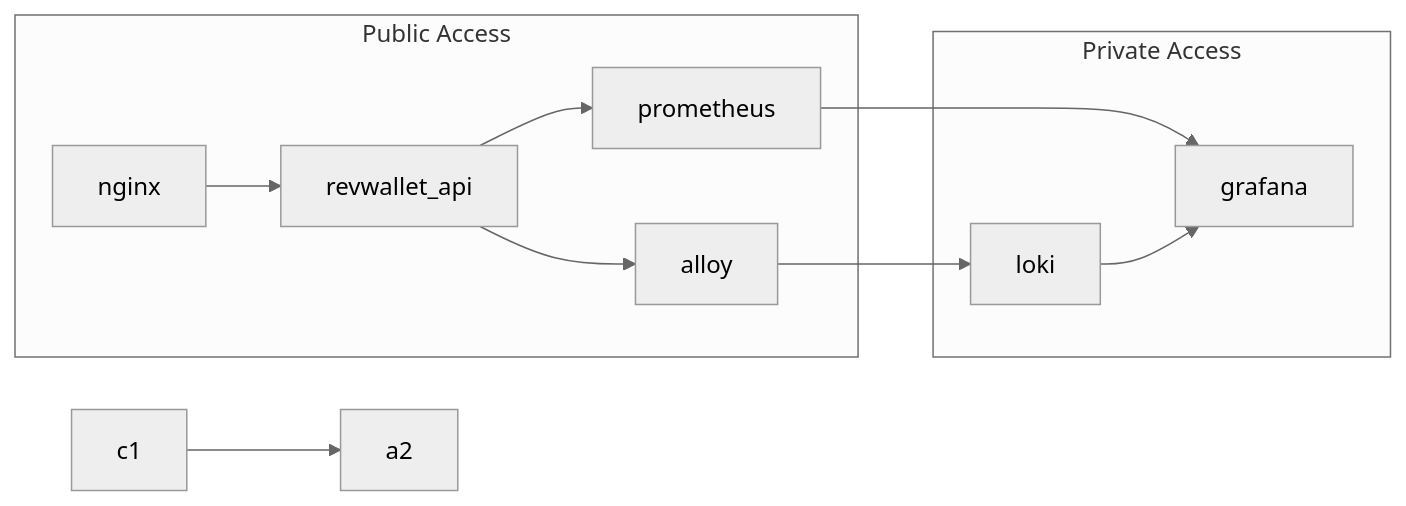
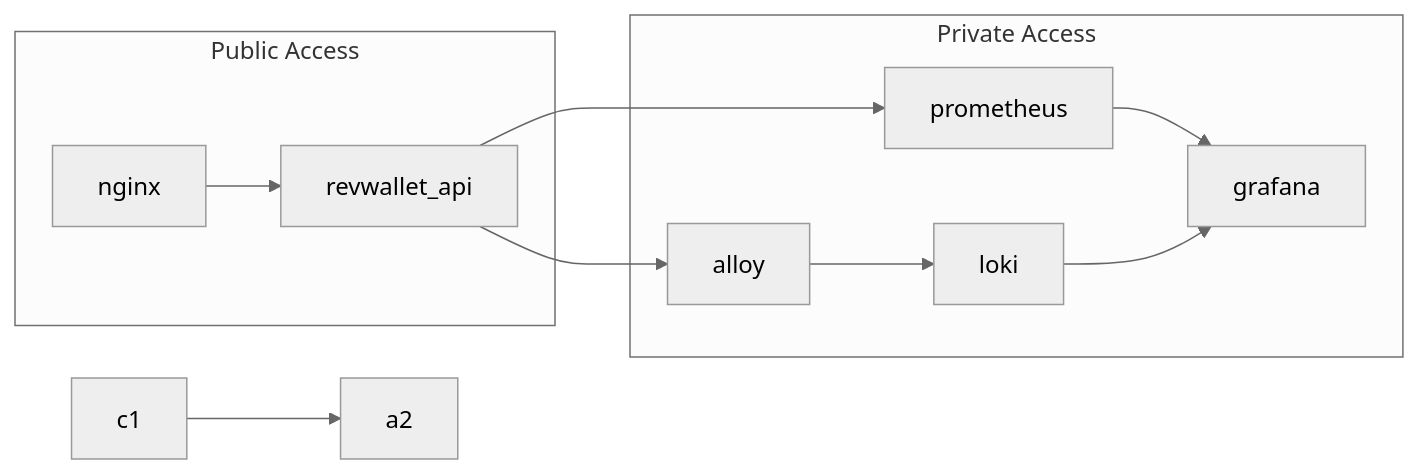
Before and after one commit to arthurjguerra/revwallet: the diagram in README.md, drawn with Mermaid (neutral theme). The commit also changed other lines of this file, not shown here.

Commit message:
feat: add arch diagram

````diff
--- a/README.md
+++ b/README.md
@@ -6,14 +6,14 @@
 ```mermaid
 flowchart LR
   c1-->a2
   subgraph Public Access
     nginx-->revwallet_api
+  end
+  subgraph Private Access
     revwallet_api-->prometheus
     revwallet_api-->alloy
-  end
-  subgraph Private Access
     prometheus-->grafana
     alloy-->loki
     loki-->grafana
   end
 ```
````
